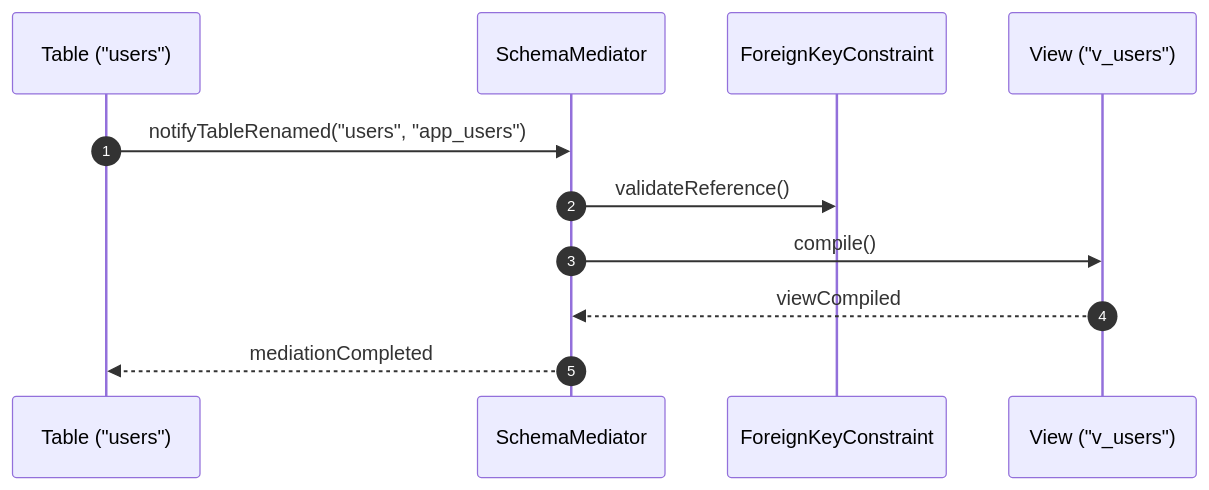
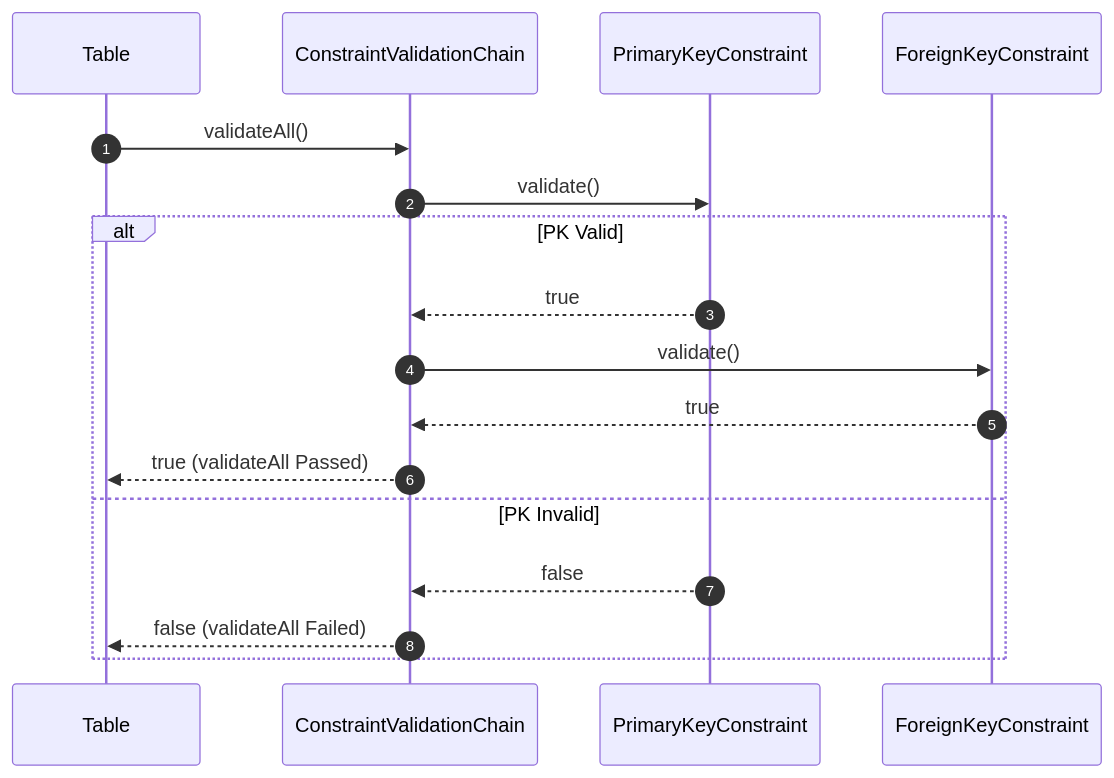
One commit to Dikhang1112/Database_Management_BBV changed diagram 13 of 15 in docs/design_patterns/metadata/Sequece.md. Above: the diagram before and after it, drawn with Mermaid. The commit also changed other lines of this file and 2 other files, not shown here.

Commit message:
Refactor class diagram follow desgin pattern and document

````diff
--- a/docs/design_patterns/metadata/Sequece.md
+++ b/docs/design_patterns/metadata/Sequece.md
@@ -367,14 +308,20 @@
 ```mermaid
 sequenceDiagram
     autonumber
-    participant Table as Table ("users")
-    participant Mediator as SchemaMediator
+    participant Table as Table
+    participant Chain as ConstraintValidationChain
+    participant PK as PrimaryKeyConstraint
     participant FK as ForeignKeyConstraint
-    participant View as View ("v_users")
 
-    Table->>Mediator: notifyTableRenamed("users", "app_users")
-    Mediator->>FK: validateReference()
-    Mediator->>View: compile()
-    View-->>Mediator: viewCompiled
-    Mediator-->>Table: mediationCompleted
+    Table->>Chain: validateAll()
+    Chain->>PK: validate()
+    alt PK Valid
+        PK-->>Chain: true
+        Chain->>FK: validate()
+        FK-->>Chain: true
+        Chain-->>Table: true (validateAll Passed)
+    else PK Invalid
+        PK-->>Chain: false
+        Chain-->>Table: false (validateAll Failed)
+    end
 ```
````
